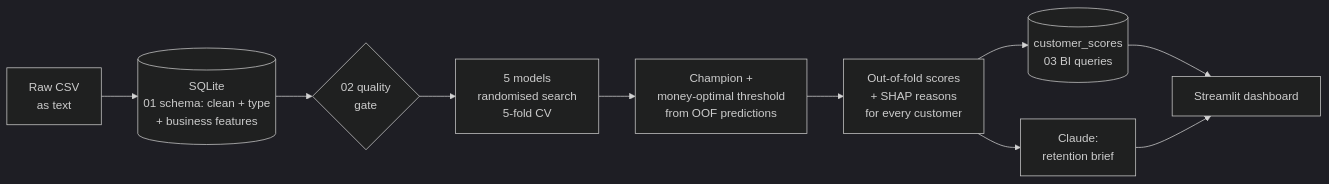
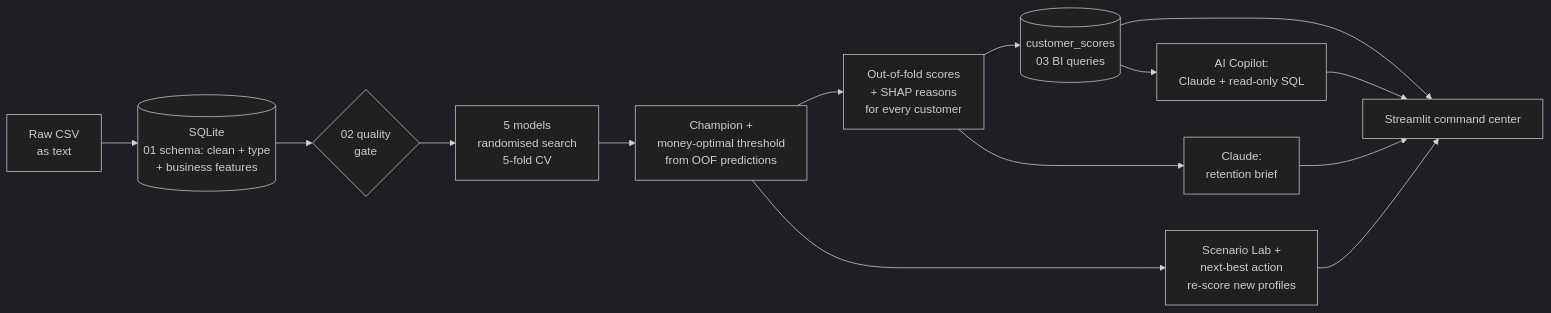
The diagram in README.md (anassanan96999-droid/customer-churn-prediction-bi), drawn with Mermaid (dark theme) before and after one commit. The commit also changed other lines of this file and 37 other files, not shown here.

First line of the commit message:
Churn Intelligence v2: redesign, Scenario Lab, AI Copilot, launchers

````diff
--- a/README.md
+++ b/README.md
@@ -157,12 +187,16 @@
 ```mermaid
 flowchart LR
     A[Raw CSV<br/>as text] --> B[(SQLite<br/>01 schema: clean + type<br/>+ business features)]
     B --> C{02 quality<br/>gate}
     C --> D[5 models<br/>randomised search<br/>5-fold CV]
     D --> E[Champion +<br/>money-optimal threshold<br/>from OOF predictions]
     E --> F[Out-of-fold scores<br/>+ SHAP reasons<br/>for every customer]
     F --> G[(customer_scores<br/>03 BI queries)]
-    G --> H[Streamlit dashboard]
+    G --> H[Streamlit command center]
     F --> I[Claude:<br/>retention brief]
     I --> H
+    E --> S[Scenario Lab +<br/>next-best action<br/>re-score new profiles]
+    S --> H
+    G --> Q[AI Copilot:<br/>Claude + read-only SQL]
+    Q --> H
 ```
````
